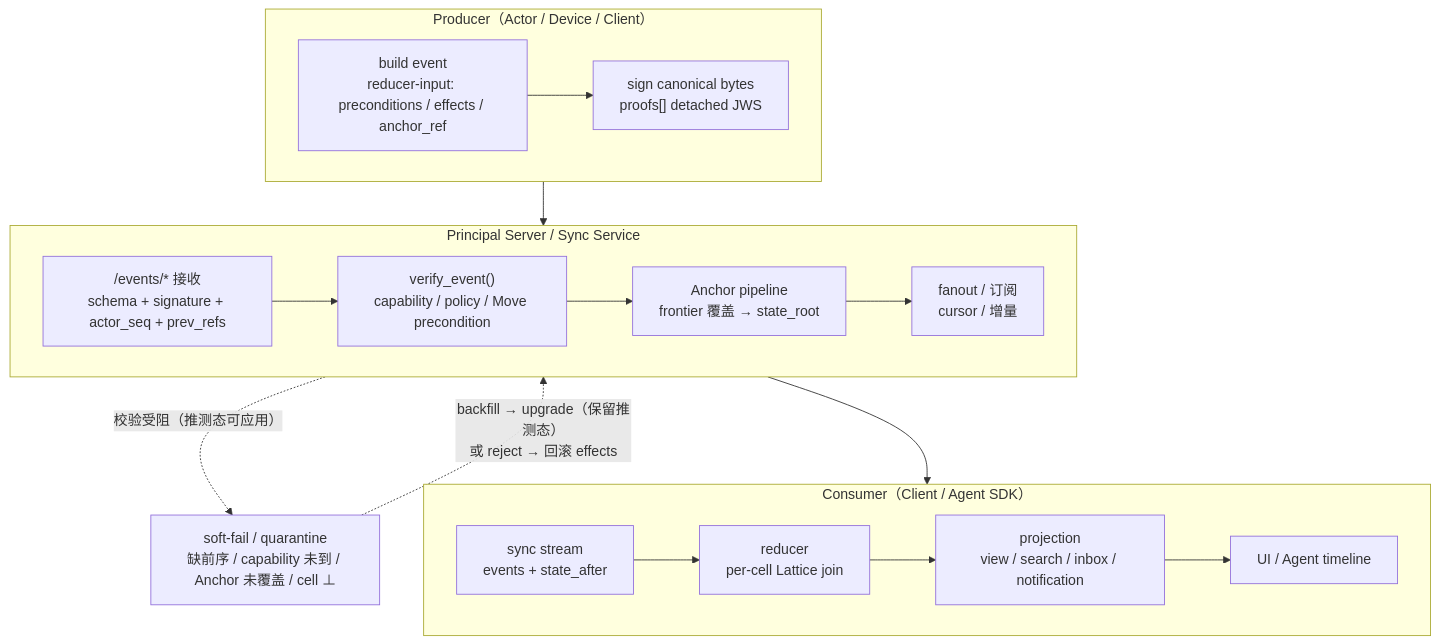
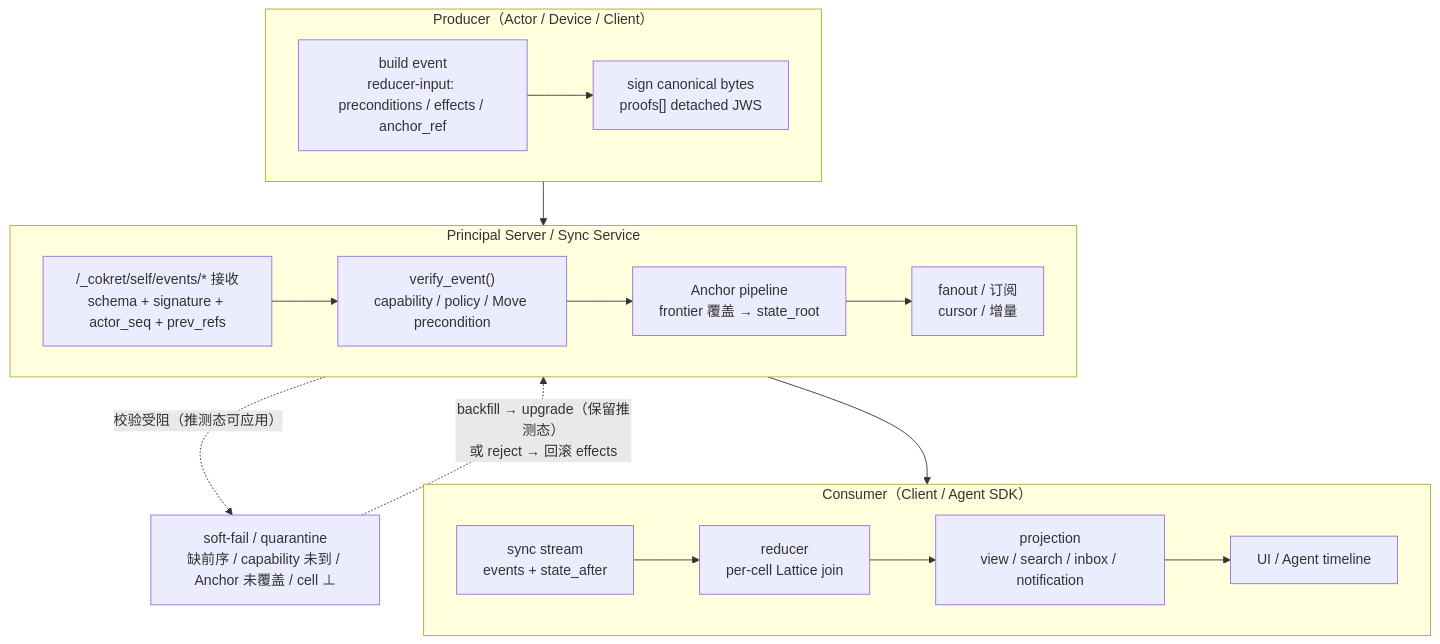
One commit to arkret-org/arkret-spec changed the diagram in spec/v1/zh/sync/operations-sync.md. Above: the diagram before and after it, drawn with Mermaid. The commit also changed other lines of this file and 197 other files, not shown here.

````diff
--- a/spec/v1/zh/sync/operations-sync.md
+++ b/spec/v1/zh/sync/operations-sync.md
@@ -153,33 +153,33 @@
 ```mermaid
 flowchart TB
     subgraph P ["Producer（Actor / Device / Client）"]
         direction LR
         P1["build event<br/>reducer-input: preconditions / effects / anchor_ref"]
         P2["sign canonical bytes<br/>proofs[] detached JWS"]
         P1 --> P2
     end
 
     subgraph S ["Principal Server / Sync Service"]
         direction LR
-        S1["/events/* 接收<br/>schema + signature + actor_seq + prev_refs"]
+        S1["/_cokret/self/events/* 接收<br/>schema + signature + actor_seq + prev_refs"]
         S2["verify_event()<br/>capability / policy / Move precondition"]
         S3["Anchor pipeline<br/>frontier 覆盖 → state_root"]
         S4["fanout / 订阅<br/>cursor / 增量"]
         S1 --> S2 --> S3 --> S4
     end
 
     subgraph C ["Consumer（Client / Agent SDK）"]
         direction LR
         C1["sync stream<br/>events + state_after"]
         C2["reducer<br/>per-cell Lattice join"]
         C3["projection<br/>view / search / inbox / notification"]
         C4["UI / Agent timeline"]
         C1 --> C2 --> C3 --> C4
     end
 
     P --> S --> C
 
     SF["soft-fail / quarantine<br/>缺前序 / capability 未到 / Anchor 未覆盖 / cell ⊥"]
     S2 -. "校验受阻（推测态可应用）" .-> SF
     SF -. "backfill → upgrade（保留推测态）<br/>或 reject → 回滚 effects" .-> S2
 ```
````
